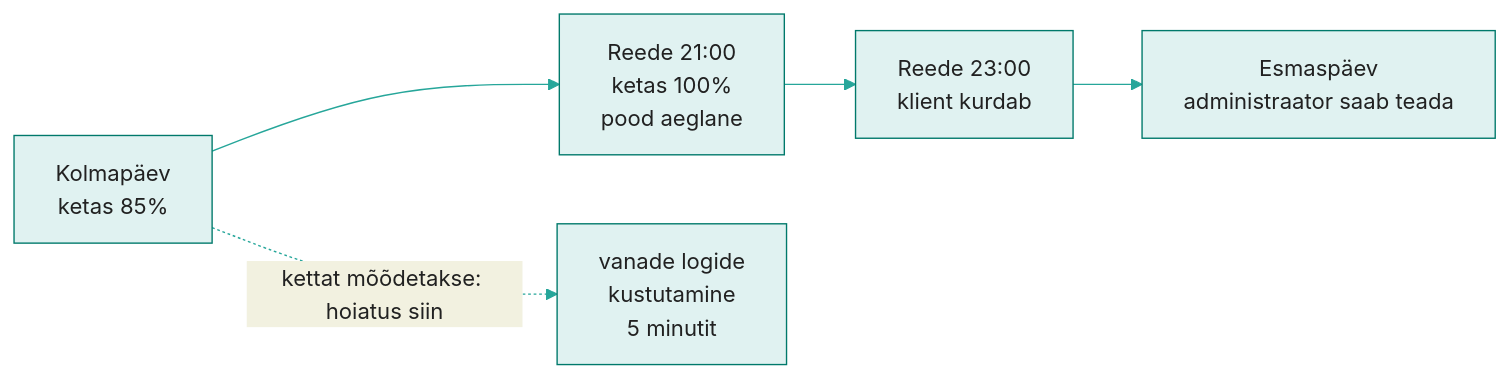
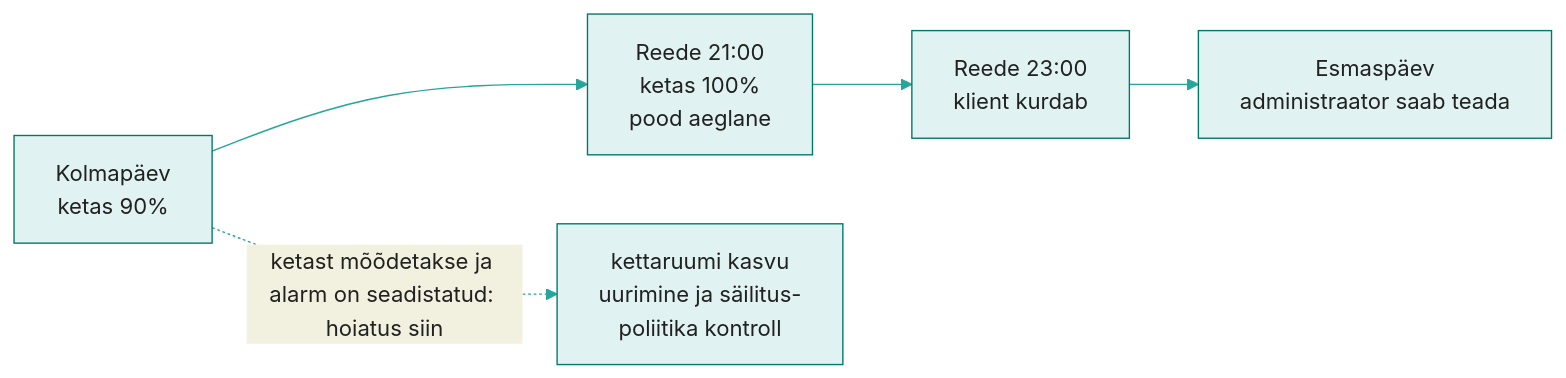
The first of 3 diagrams in docs/week03/lecture.md (hkhk-monitoring/monitoring), drawn with Mermaid before and after one commit. The commit also changed other lines of this file and 2 other files, not shown here.

````diff
--- a/docs/week03/lecture.md
+++ b/docs/week03/lecture.md
@@ -31,8 +31,8 @@
 ```mermaid
 %%{init: {'theme':'base','themeVariables':{'primaryColor':'#e0f2f1','primaryBorderColor':'#00796b','primaryTextColor':'#212121','lineColor':'#26a69a'}}}%%
 graph LR
-    A["Kolmapäev<br/>ketas 85%"] --> B["Reede 21:00<br/>ketas 100%<br/>pood aeglane"]
+    A["Kolmapäev<br/>ketas 90%"] --> B["Reede 21:00<br/>ketas 100%<br/>pood aeglane"]
     B --> C["Reede 23:00<br/>klient kurdab"]
     C --> D["Esmaspäev<br/>administraator saab teada"]
-    A -. "kettat mõõdetakse: hoiatus siin" .-> E["vanade logide<br/>kustutamine<br/>5 minutit"]
+    A -. "ketast mõõdetakse ja alarm on seadistatud: hoiatus siin" .-> E["kettaruumi kasvu<br/>uurimine ja säilitus-<br/>poliitika kontroll"]
 ```
````
